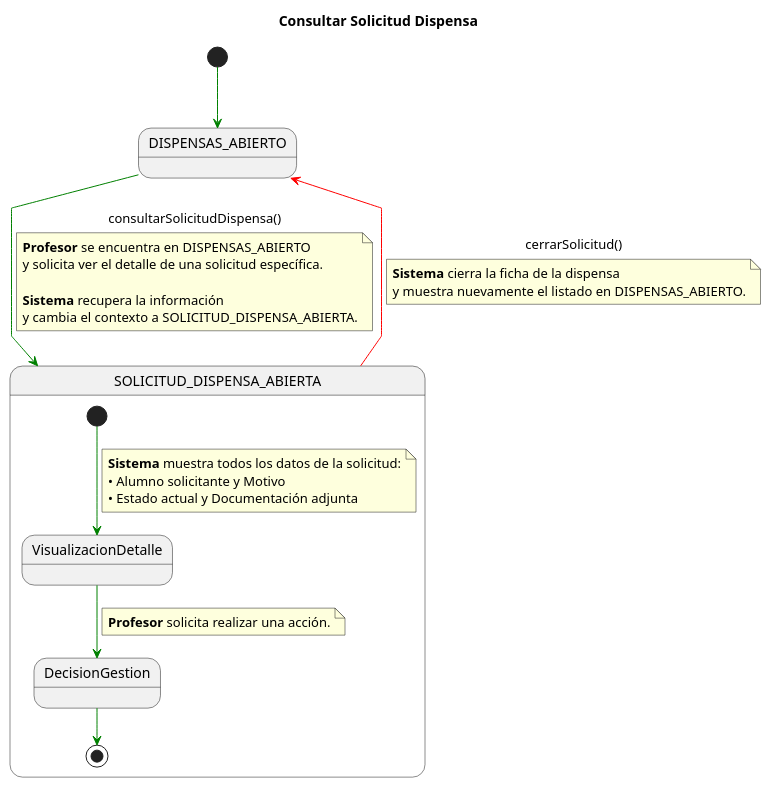
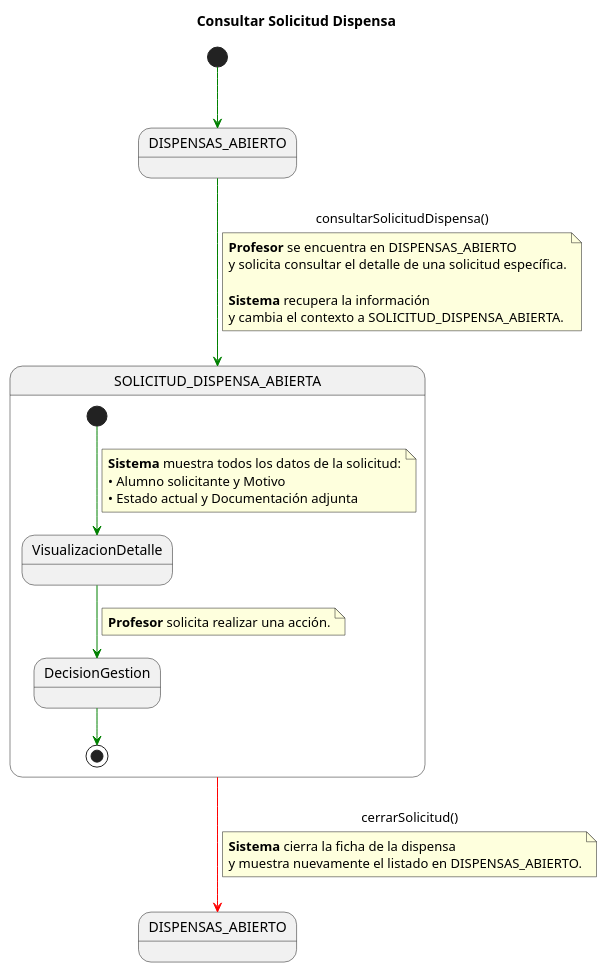
One commit to enmabry/25-26-IdSw1-SdR changed the diagram in documents/CasosDeUso/DetalladoCasosDeUso/Profesor/consultarSolicitudDispensa.puml. Above: the diagram before and after it, drawn with PlantUML. The commit also changed 21 other files, not shown here.

```diff
--- a/documents/CasosDeUso/DetalladoCasosDeUso/Profesor/consultarSolicitudDispensa.puml
+++ b/documents/CasosDeUso/DetalladoCasosDeUso/Profesor/consultarSolicitudDispensa.puml
@@ -1,45 +1,46 @@
 @startuml
 title Consultar Solicitud Dispensa
 skinparam linetype polyline
 
 state DISPENSAS_ABIERTO_INICIAL       as "DISPENSAS_ABIERTO"
+state DISPENSAS_ABIERTO_FINAL       as "DISPENSAS_ABIERTO"
 state SOLICITUD_DISPENSA_ABIERTA_COMP as "SOLICITUD_DISPENSA_ABIERTA"
 
 [*] -[#green]-> DISPENSAS_ABIERTO_INICIAL
 
 DISPENSAS_ABIERTO_INICIAL -[#green]-> SOLICITUD_DISPENSA_ABIERTA_COMP : consultarSolicitudDispensa()
 note on link
 <b>Profesor</b> se encuentra en DISPENSAS_ABIERTO
-y solicita ver el detalle de una solicitud específica.
+y solicita consultar el detalle de una solicitud específica.
 
 <b>Sistema</b> recupera la información
 y cambia el contexto a SOLICITUD_DISPENSA_ABIERTA.
 end note
 
 state SOLICITUD_DISPENSA_ABIERTA_COMP as "SOLICITUD_DISPENSA_ABIERTA" {
 
     state VisualizacionDetalle
     state DecisionGestion
 
     [*] -[#green]-> VisualizacionDetalle
     note on link
     <b>Sistema</b> muestra todos los datos de la solicitud:
     • Alumno solicitante y Motivo
     • Estado actual y Documentación adjunta
     end note
 
     VisualizacionDetalle -[#green]-> DecisionGestion
     note on link
     <b>Profesor</b> solicita realizar una acción.
     end note
 
     DecisionGestion -[#green]-> [*]
 }
 
-SOLICITUD_DISPENSA_ABIERTA_COMP -[#red]-> DISPENSAS_ABIERTO_INICIAL : cerrarSolicitud()
+SOLICITUD_DISPENSA_ABIERTA_COMP -[#red]-> DISPENSAS_ABIERTO_FINAL : cerrarSolicitud()
 note on link
 <b>Sistema</b> cierra la ficha de la dispensa
 y muestra nuevamente el listado en DISPENSAS_ABIERTO.
 end note
 
 @enduml
```
